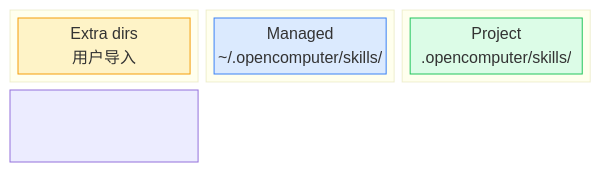
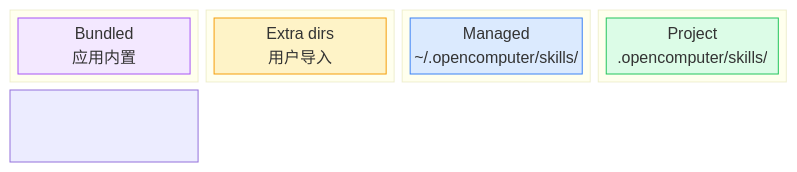
The second of 14 diagrams in docs/architecture/skill-system.md (shiwenwen/hope-agent), drawn with Mermaid before and after one commit. The commit also changed other lines of this file, not shown here.

First line of the commit message:
docs: 更新技能系统架构文档，补充内置技能（Bundled Skills）

````diff
--- a/docs/architecture/skill-system.md
+++ b/docs/architecture/skill-system.md
@@ -136,19 +138,23 @@
 ```mermaid
 block-beta
-    columns 3
+    columns 4
+    block:lowest:1
+        B["Bundled<br/>应用内置"]
+    end
     block:low:1
         E["Extra dirs<br/>用户导入"]
     end
     block:mid:1
         M["Managed<br/>~/.opencomputer/skills/"]
     end
     block:high:1
         P["Project<br/>.opencomputer/skills/"]
     end
 
-    low --> mid --> high
+    lowest --> low --> mid --> high
 
+    style B fill:#f3e8ff,stroke:#a855f7
     style E fill:#fef3c7,stroke:#f59e0b
     style M fill:#dbeafe,stroke:#3b82f6
     style P fill:#dcfce7,stroke:#22c55e
 ```
````
